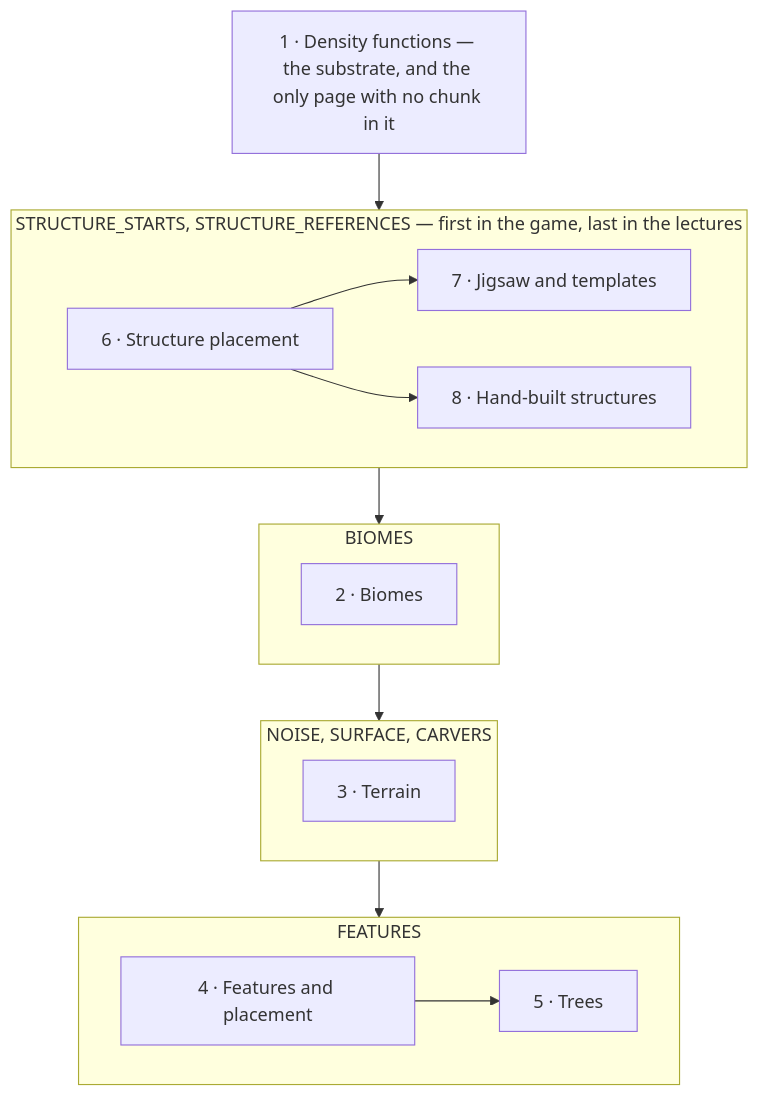
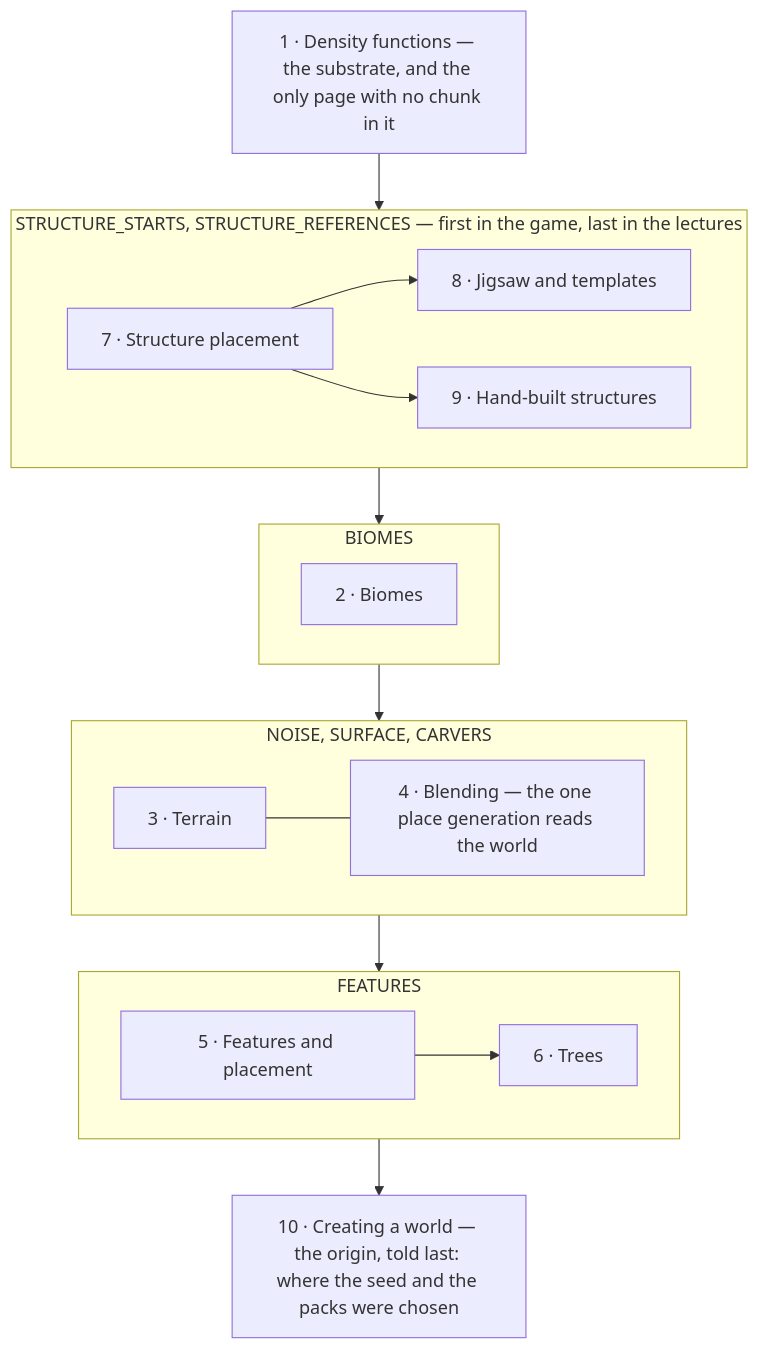
Before and after one commit to AlexanderjFraser/MinecraftDocs: the diagram in src/systems/worldgen/README.md, drawn with Mermaid. The commit also changed other lines of this file and 34 other files, not shown here.

First line of the commit message:
pass 3, session P — the lecture order and the close; pass 4 chartered

````diff
--- a/src/systems/worldgen/README.md
+++ b/src/systems/worldgen/README.md
@@ -33,23 +33,24 @@
 ```mermaid
 flowchart TB
     DF["1 · Density functions — the substrate, and the only page with no chunk in it"]
     DF --> SS
     subgraph SS["STRUCTURE_STARTS, STRUCTURE_REFERENCES — first in the game, last in the lectures"]
         direction LR
-        S6["6 · Structure placement"] --> S7["7 · Jigsaw and templates"]
-        S6 --> S8["8 · Hand-built structures"]
+        S6["7 · Structure placement"] --> S7["8 · Jigsaw and templates"]
+        S6 --> S8["9 · Hand-built structures"]
     end
     SS --> BI
     subgraph BI["BIOMES"]
         L2["2 · Biomes"]
     end
     BI --> NO
     subgraph NO["NOISE, SURFACE, CARVERS"]
-        L3["3 · Terrain"]
+        L3["3 · Terrain"] --- L3b["4 · Blending — the one place generation reads the world"]
     end
     NO --> FE
     subgraph FE["FEATURES"]
         direction LR
-        L4["4 · Features and placement"] --> L5["5 · Trees"]
+        L4["5 · Features and placement"] --> L5["6 · Trees"]
     end
+    FE --> CW["10 · Creating a world — the origin, told last: where the seed and the packs were chosen"]
 ```
````
